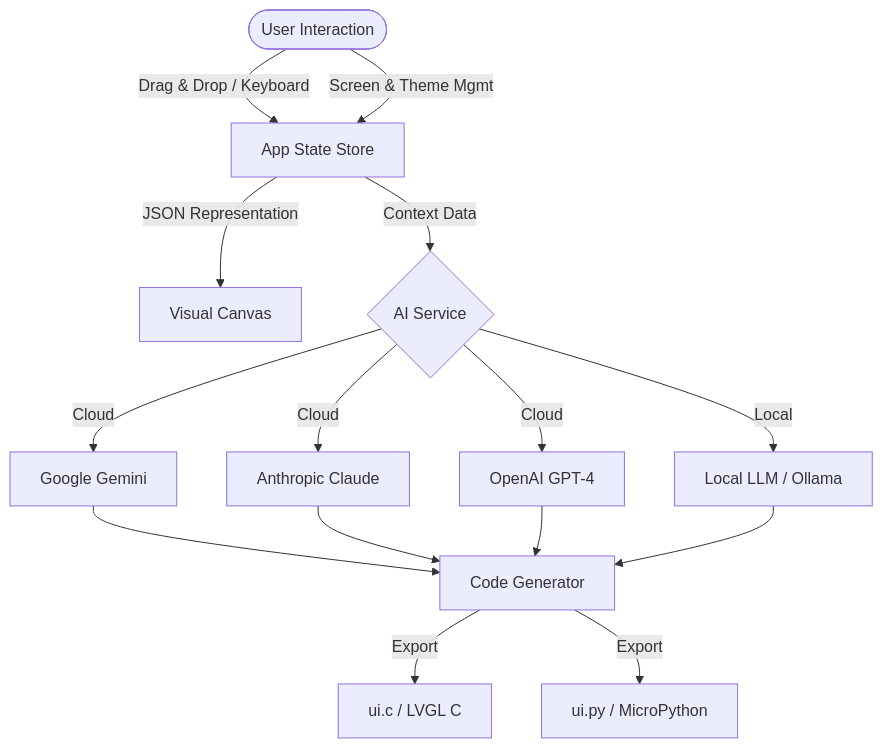
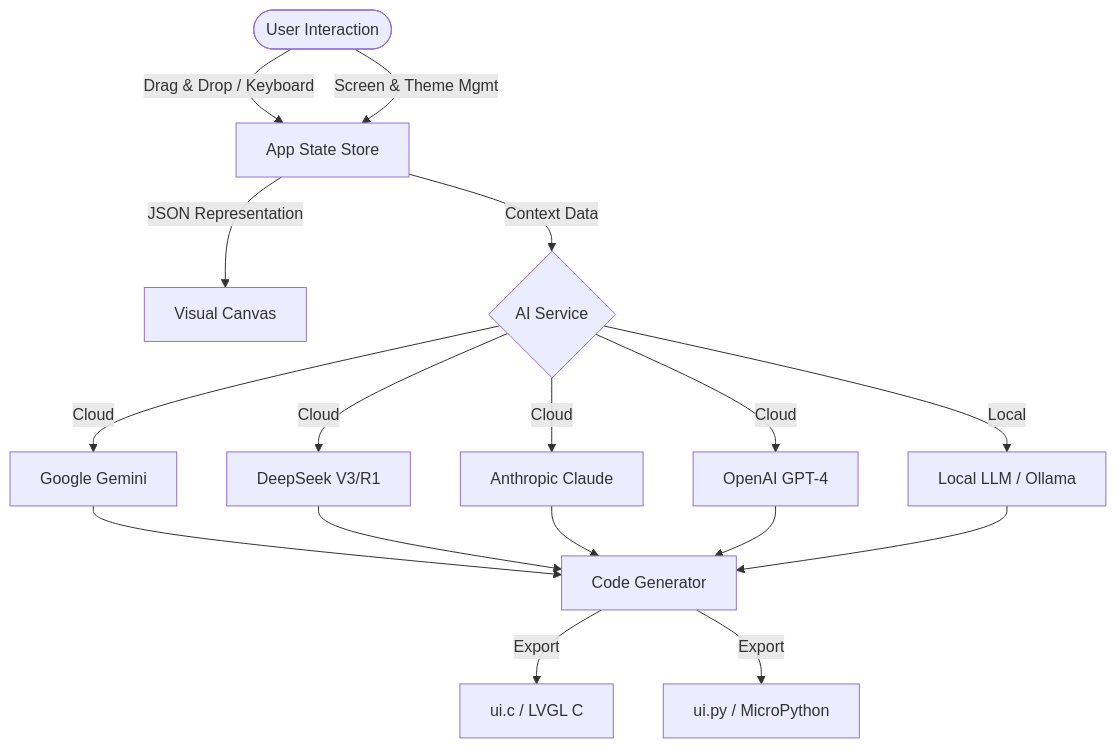
The diagram in README.md (dazeb/LVGL-AI-Studio), drawn with Mermaid before and after one commit. The commit also changed other lines of this file and 4 other files, not shown here.

First line of the commit message:
feat: Add DeepSeek AI provider support

````diff
--- a/README.md
+++ b/README.md
@@ -62,17 +62,19 @@
 ```mermaid
 graph TD
     User([User Interaction]) -->|Drag & Drop / Keyboard| State[App State Store]
     User -->|Screen & Theme Mgmt| State
     State -->|JSON Representation| Canvas[Visual Canvas]
     State -->|Context Data| AIService{AI Service}
     AIService -->|Cloud| Gemini[Google Gemini]
+    AIService -->|Cloud| DeepSeek[DeepSeek V3/R1]
     AIService -->|Cloud| Claude[Anthropic Claude]
     AIService -->|Cloud| OpenAI[OpenAI GPT-4]
     AIService -->|Local| Ollama[Local LLM / Ollama]
     Gemini --> Generator[Code Generator]
+    DeepSeek --> Generator
     Claude --> Generator
     OpenAI --> Generator
     Ollama --> Generator
     Generator -->|Export| CFile[ui.c / LVGL C]
     Generator -->|Export| PyFile[ui.py / MicroPython]
 ```
````
